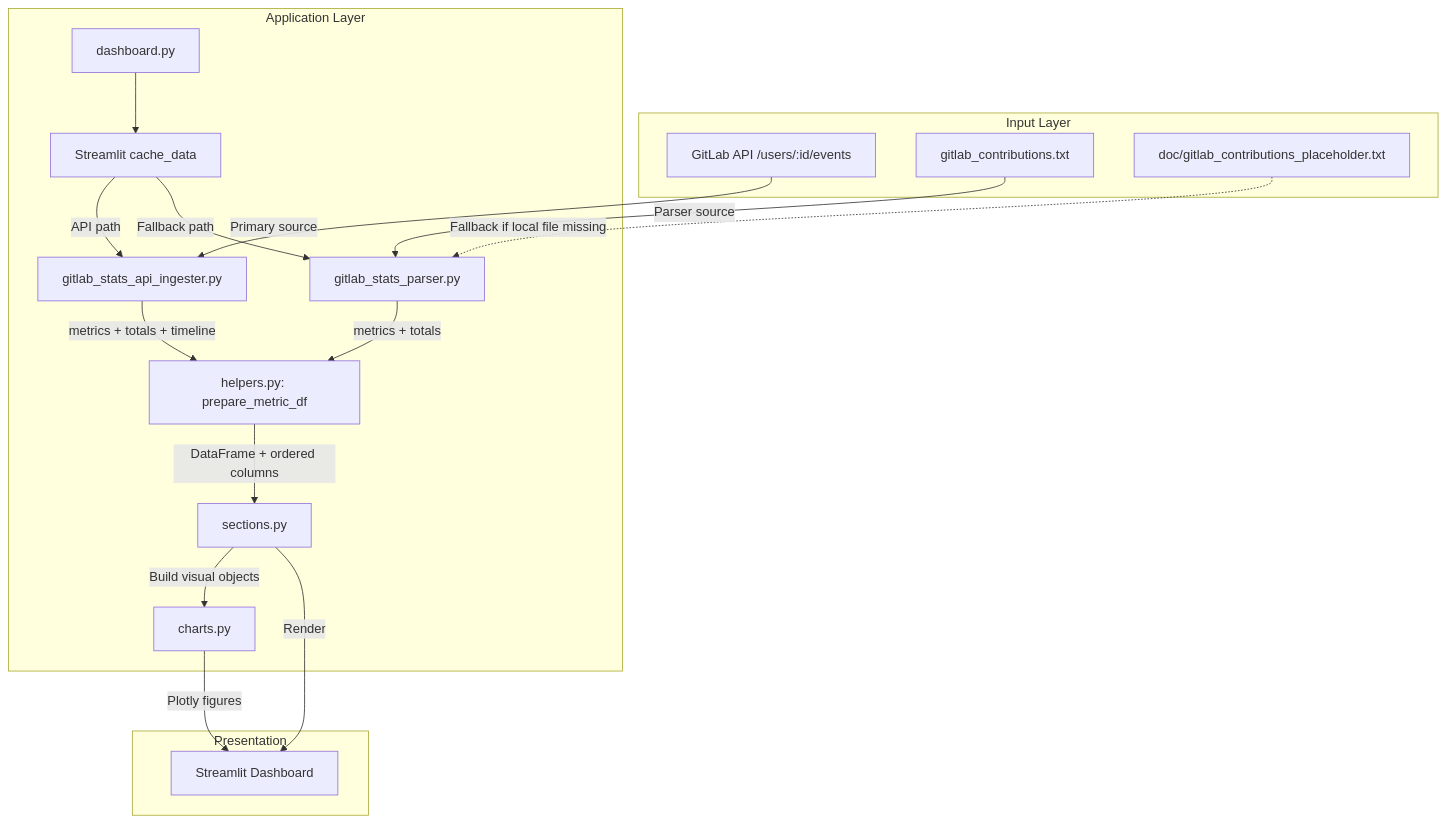
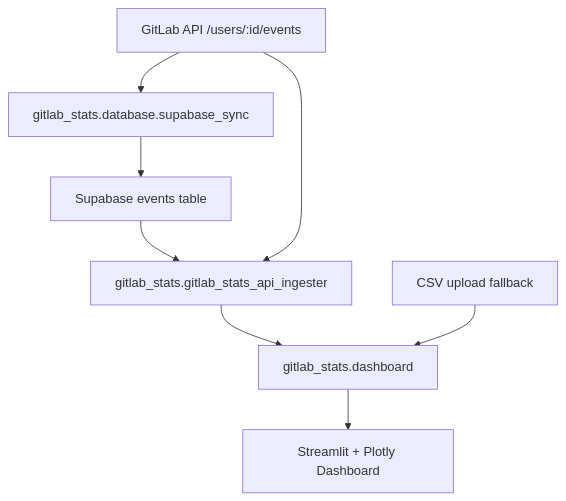
One commit to charlielang02/gitlab_stats changed the diagram in README.md. Above: the diagram before and after it, drawn with Mermaid. The commit also changed other lines of this file, not shown here.

````diff
--- a/README.md
+++ b/README.md
@@ -61,47 +37,18 @@
 ```mermaid
 graph TB
-   A[GitLab API /users/:id/events]
-   B[gitlab_contributions.txt]
-   C[doc/gitlab_contributions_placeholder.txt]
-   D[dashboard.py]
-   E[Streamlit cache_data]
-   F[gitlab_stats_api_ingester.py]
-   G[gitlab_stats_parser.py]
-   H[helpers.py: prepare_metric_df]
-   I[sections.py]
-   J[charts.py]
-   K[Streamlit Dashboard]
+    A[GitLab API /users/:id/events]
+    B[gitlab_stats.database.supabase_sync]
+    C[Supabase events table]
+    D[gitlab_stats.dashboard]
+    E[gitlab_stats.gitlab_stats_api_ingester]
+    F[CSV upload fallback]
+    G[Streamlit + Plotly Dashboard]
 
-   A -->|Primary source| F
-   B -->|Parser source| G
-   C -.->|Fallback if local file missing| G
-   D --> E
-   E -->|API path| F
-   E -->|Fallback path| G
-   F -->|metrics + totals + timeline| H
-   G -->|metrics + totals| H
-   H -->|DataFrame + ordered columns| I
-   I -->|Build visual objects| J
-   I -->|Render| K
-   J -->|Plotly figures| K
-
-   subgraph "Input Layer"
-      A
-      B
-      C
-   end
-
-   subgraph "Application Layer"
-      D
-      E
-      F
-      G
-      H
-      I
-      J
-   end
-
-   subgraph "Presentation"
-      K
-   end
+    A --> B
+    B --> C
+    C --> E
+    A --> E
+    E --> D
+    F --> D
+    D --> G
 ```
````
